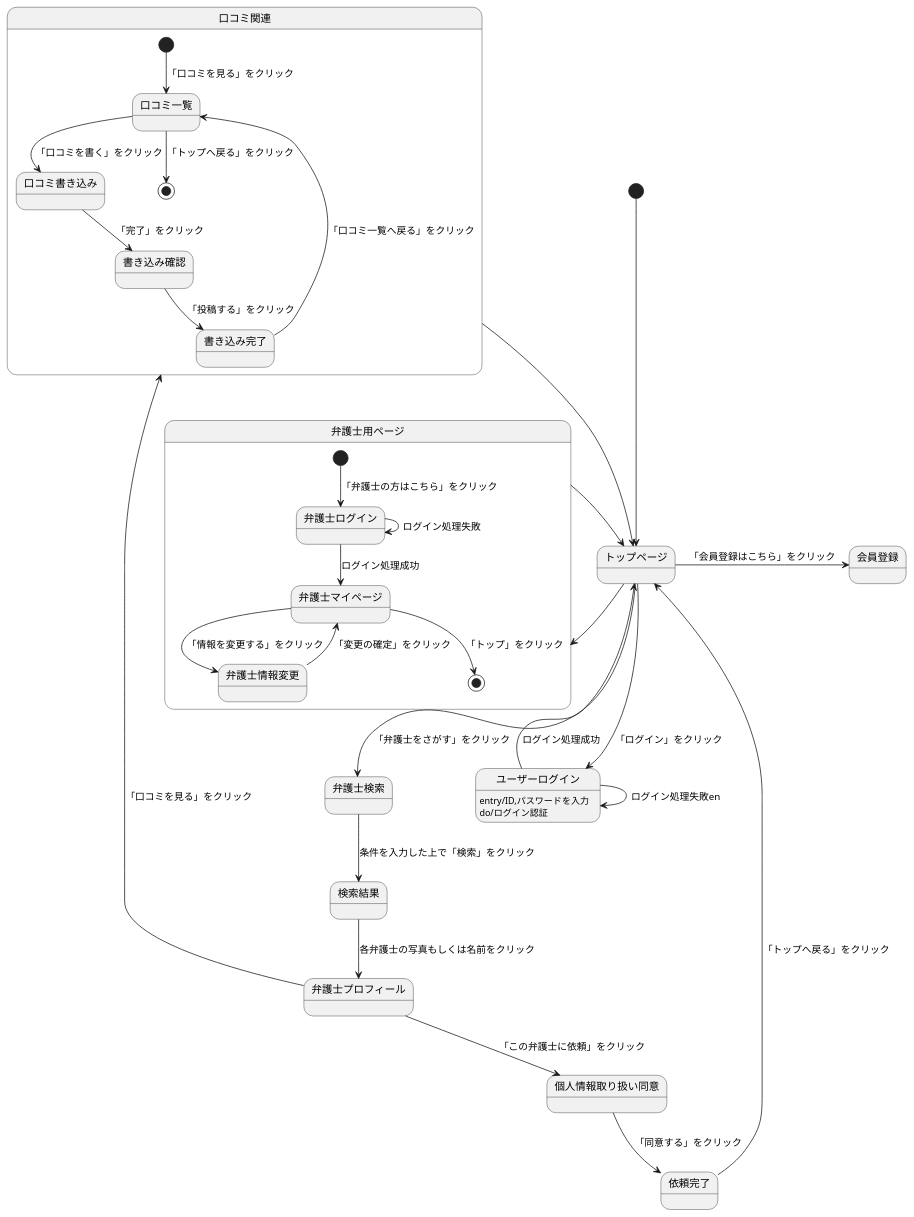
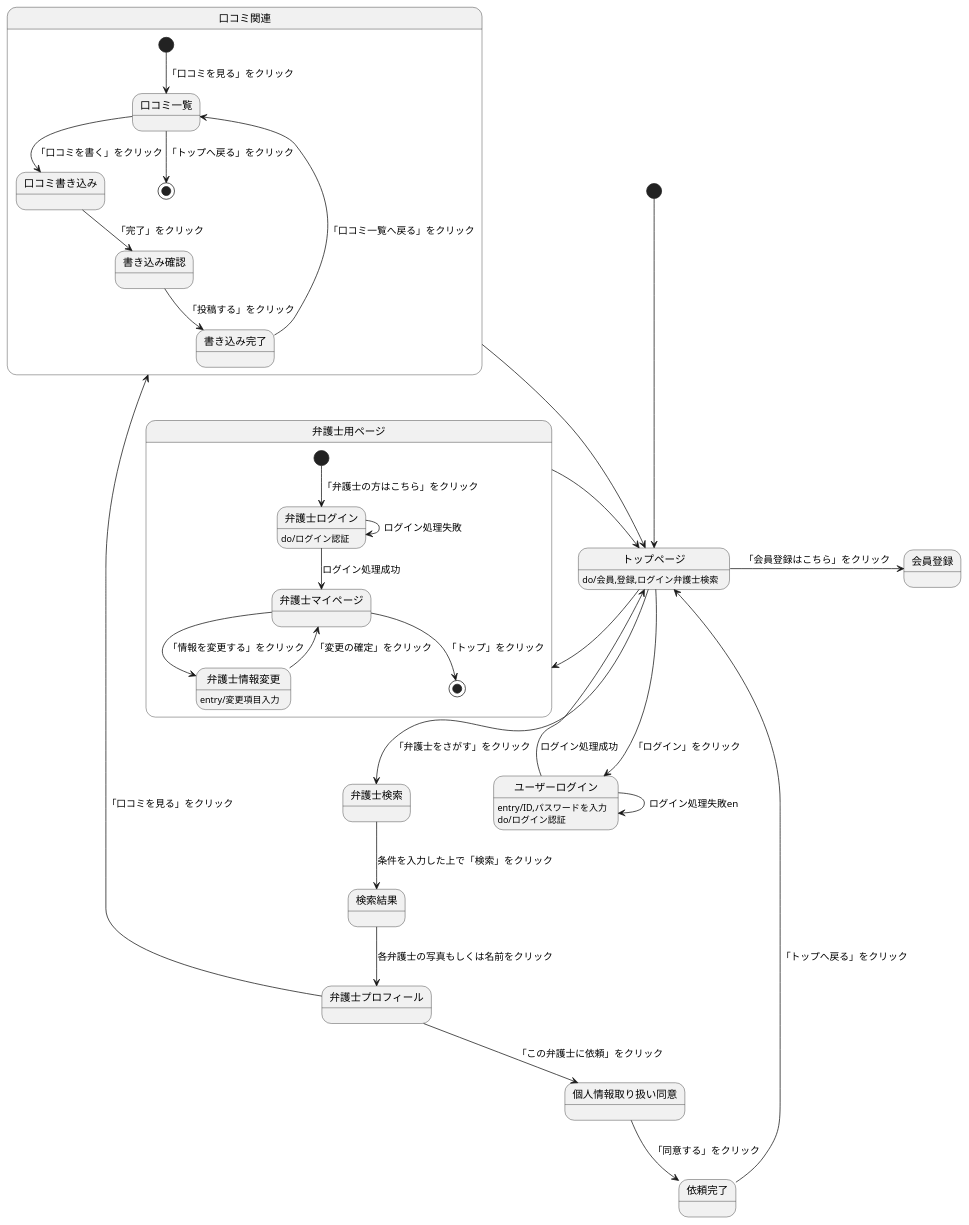
One commit to Aso2001374/2021sys-design changed the diagram in 0524kadai.md. Above: the diagram before and after it, drawn with PlantUML.

````diff
--- a/0524kadai.md
+++ b/0524kadai.md
@@ -1,41 +1,46 @@
 ```uml
 @startuml
 [*] --> トップページ
 トップページ -> 会員登録:「会員登録はこちら」をクリック
 トップページ --> ユーザーログイン:「ログイン」をクリック
+トップページ:do/会員,登録,ログイン弁護士検索
+
 ユーザーログイン--> トップページ: ログイン処理成功
 ユーザーログイン--> ユーザーログイン: ログイン処理失敗en
 ユーザーログイン:entry/ID,パスワードを入力
 ユーザーログイン:do/ログイン認証
 
 トップページ -left-> 弁護士用ページ
 state 弁護士用ページ{
 [*] --> 弁護士ログイン:「弁護士の方はこちら」をクリック
 弁護士ログイン--> 弁護士ログイン: ログイン処理失敗
 弁護士ログイン--> 弁護士マイページ: ログイン処理成功
+弁護士ログイン:do/ログイン認証
+
 弁護士マイページ--> 弁護士情報変更: 「情報を変更する」をクリック
 弁護士情報変更--> 弁護士マイページ: 「変更の確定」をクリック
+弁護士情報変更:entry/変更項目入力
 弁護士マイページ--> [*]: 「トップ」をクリック
 }
 弁護士用ページ -right-> トップページ
 
 トップページ --> 弁護士検索:「弁護士をさがす」をクリック
 弁護士検索 --> 検索結果: 条件を入力した上で「検索」をクリック
 検索結果 -down-> 弁護士プロフィール: 各弁護士の写真もしくは名前をクリック
 弁護士プロフィール -left-> 口コミ関連:「口コミを見る」をクリック
 弁護士プロフィール --> 個人情報取り扱い同意:「この弁護士に依頼」をクリック
 個人情報取り扱い同意-->依頼完了:「同意する」をクリック
 依頼完了-->トップページ:「トップへ戻る」をクリック
 
 state 口コミ関連{
 [*] --> 口コミ一覧 : 「口コミを見る」をクリック
 口コミ一覧 --> 口コミ書き込み:「口コミを書く」をクリック
 口コミ書き込み --> 書き込み確認:「完了」をクリック
 書き込み確認 --> 書き込み完了:「投稿する」をクリック
 書き込み完了 --> 口コミ一覧:「口コミ一覧へ戻る」をクリック
 口コミ一覧 --> [*]:「トップへ戻る」をクリック
 }
 口コミ関連 --> トップページ
 
 @enduml
 ```
````
